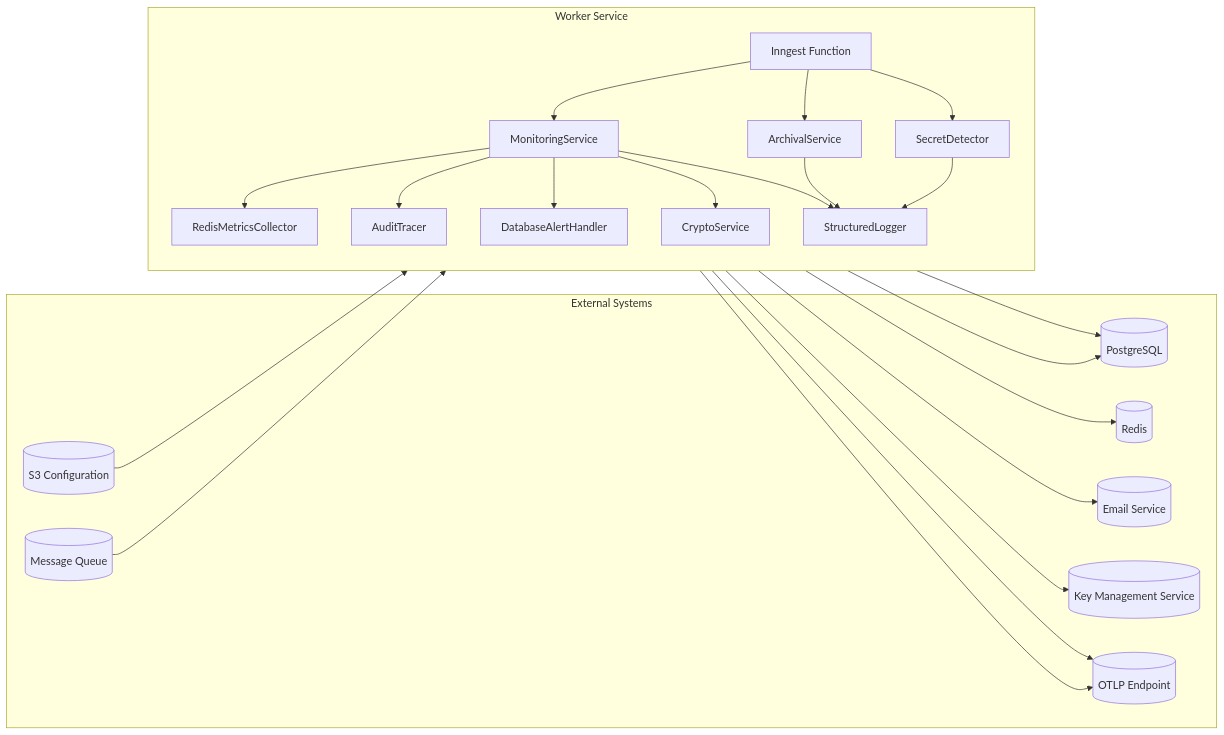
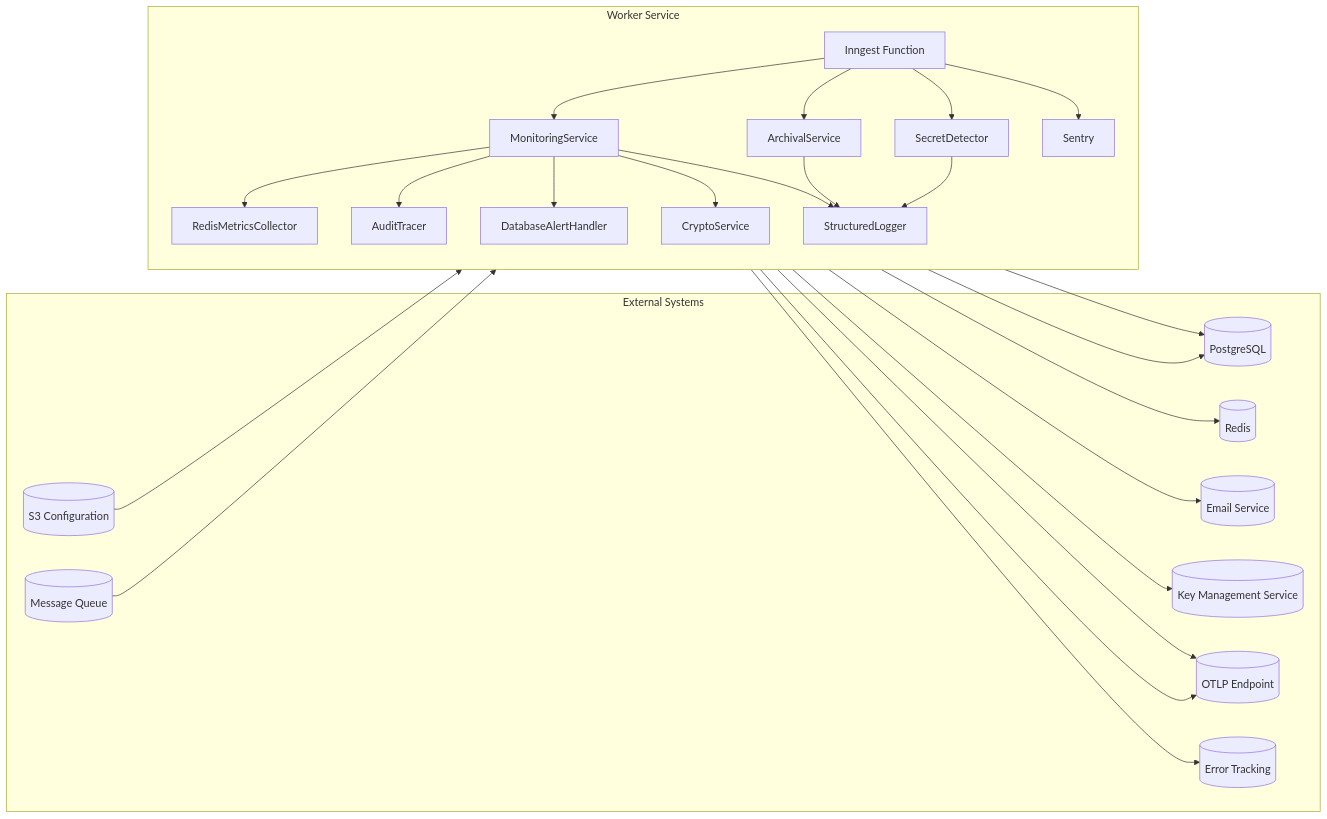
Before and after one commit to smedrec/smart-logs: the second of 12 diagrams in .qoder/repowiki/en/content/Worker Service.md, drawn with Mermaid. The commit also changed other lines of this file and 17 other files, not shown here.

````diff
--- a/.qoder/repowiki/en/content/Worker Service.md
+++ b/.qoder/repowiki/en/content/Worker Service.md
@@ -122,43 +125,47 @@
 ```mermaid
 graph LR
 subgraph "External Systems"
 MQ[(Message Queue)]
 DB[(PostgreSQL)]
 Cache[(Redis)]
 SMTP[(Email Service)]
 KMS[(Key Management Service)]
 OTLP[(OTLP Endpoint)]
 S3[(S3 Configuration)]
+Sentry[(Error Tracking)]
 end
 subgraph "Worker Service"
 direction TB
 Inngest[Inngest Function]
 Monitor[MonitoringService]
 Metrics[RedisMetricsCollector]
 Tracer[AuditTracer]
 Alerts[DatabaseAlertHandler]
 Crypto[CryptoService]
 Logger[StructuredLogger]
 Archival[ArchivalService]
 SecretDetector[SecretDetector]
+SentryClient[Sentry]
 end
 S3 --> Inngest
 MQ --> Inngest
 Inngest --> Monitor
 Monitor --> Metrics
 Monitor --> Tracer
 Monitor --> Alerts
 Monitor --> Crypto
 Monitor --> Logger
 Crypto --> KMS
 Alerts --> DB
 Metrics --> Cache
 Monitor --> SMTP
 Tracer --> OTLP
 Logger --> OTLP
 Inngest --> Archival
 Archival --> DB
 Archival --> Logger
 Inngest --> SecretDetector
 SecretDetector --> Logger
+Inngest --> SentryClient
+SentryClient --> Sentry
 ```
````
